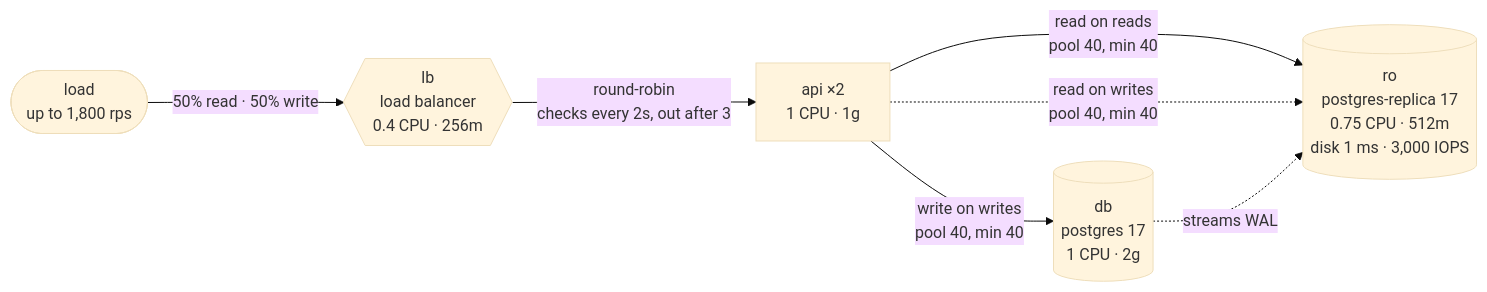
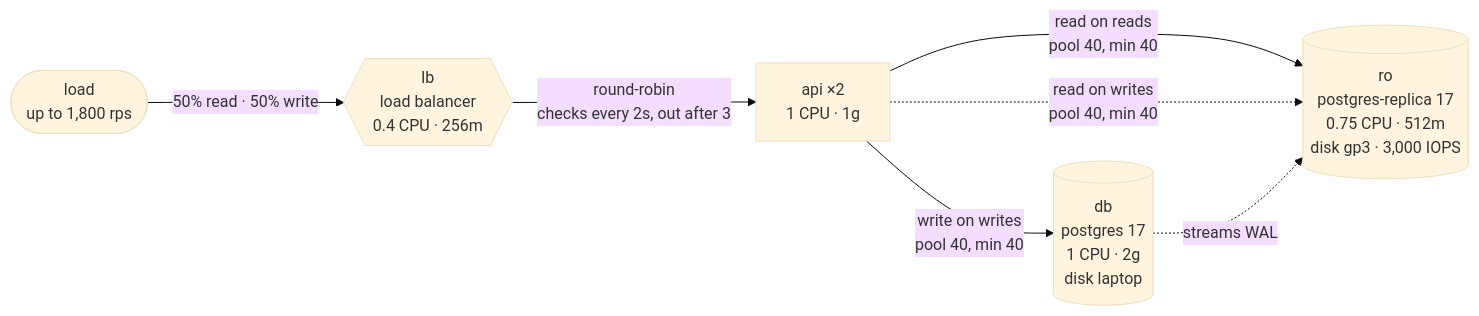
Before and after one commit to akinfemi/load-lore: the diagram in scenarios/stale-orders/README.md, drawn with Mermaid (base theme). The commit also changed other lines of this file and 125 other files, not shown here.

````diff
--- a/scenarios/stale-orders/README.md
+++ b/scenarios/stale-orders/README.md
@@ -9,14 +9,14 @@
 ```mermaid
 flowchart LR
     load(["load<br/>up to 1,800 rps"])
     lb{{"lb<br/>load balancer<br/>0.4 CPU · 256m"}}
     api["api ×2<br/>1 CPU · 1g"]
-    ro[("ro<br/>postgres-replica 17<br/>0.75 CPU · 512m<br/>disk 1 ms · 3,000 IOPS")]
-    db[("db<br/>postgres 17<br/>1 CPU · 2g")]
+    ro[("ro<br/>postgres-replica 17<br/>0.75 CPU · 512m<br/>disk gp3 · 3,000 IOPS")]
+    db[("db<br/>postgres 17<br/>1 CPU · 2g<br/>disk laptop")]
     load -->|"50% read · 50% write"| lb
     lb -->|"round-robin<br/>checks every 2s, out after 3"| api
     api -->|"read on reads<br/>pool 40, min 40"| ro
     api -->|"write on writes<br/>pool 40, min 40"| db
     api -.->|"read on writes<br/>pool 40, min 40"| ro
     db -.->|"streams WAL"| ro
 ```
````
